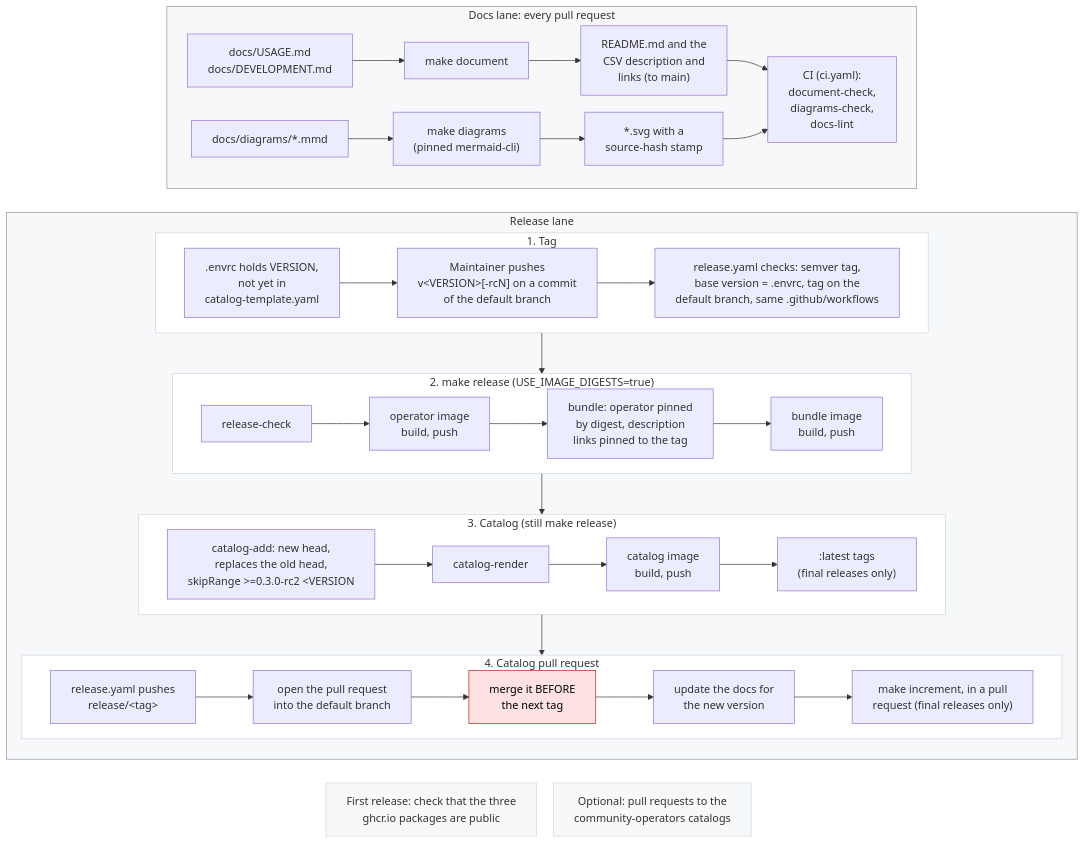
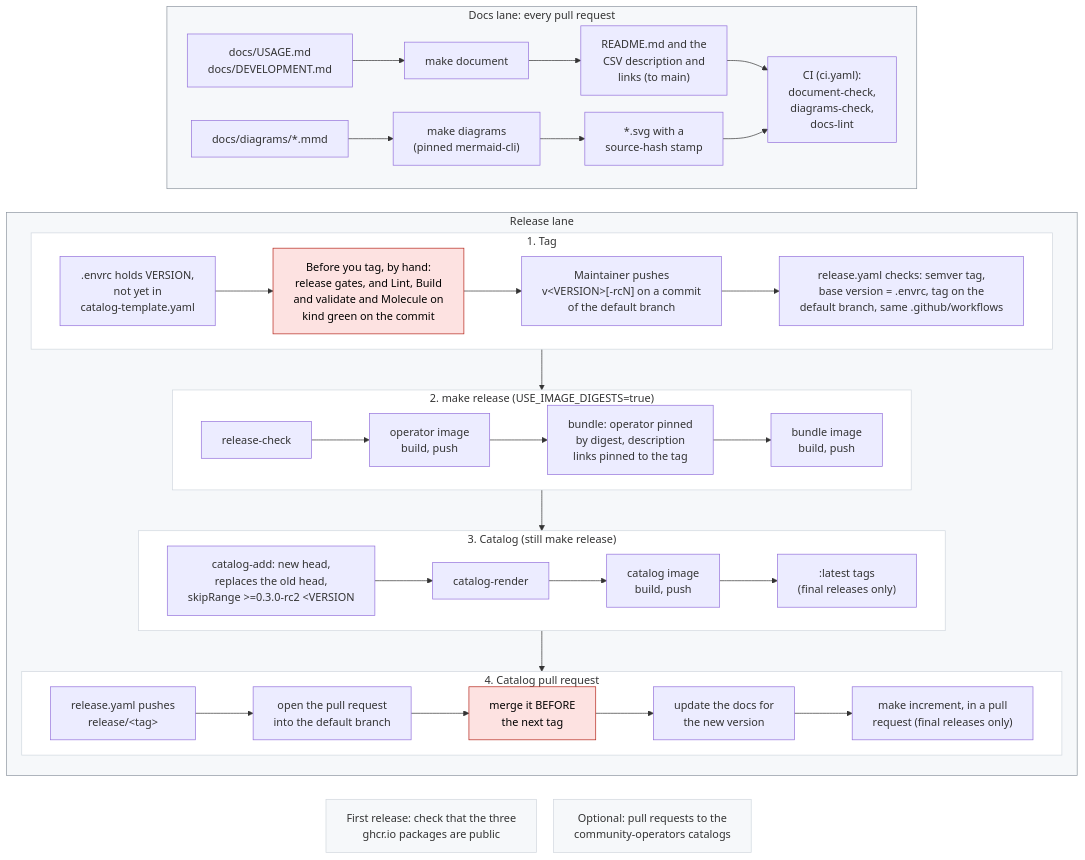
Before and after one commit to shpwrck/openshift-node-upgrade-mutex-operator: the diagram in docs/diagrams/release-pipeline.mmd, drawn with Mermaid. The commit also changed 15 other files, not shown here.

```diff
--- a/docs/diagrams/release-pipeline.mmd
+++ b/docs/diagrams/release-pipeline.mmd
@@ -1,54 +1,54 @@
 ---
 config:
   themeCSS: ".warn text { stroke: none !important; } .edgeLabel rect { opacity: 1 !important; fill: #ffffff !important; }"
   flowchart:
     wrappingWidth: 400
     nodeSpacing: 25
     rankSpacing: 35
 ---
 flowchart TB
   accTitle: Docs and release pipeline
   accDescr: How docs and diagrams are generated and checked, and how a tag becomes the operator, bundle and catalog images and a catalog pull request.
 
   subgraph docs["Docs lane: every pull request"]
     direction LR
     src["docs/USAGE.md<br/>docs/DEVELOPMENT.md"] --> doc["make document"] --> gen["README.md and the<br/>CSV description and<br/>links (to main)"]
     mmd["docs/diagrams/*.mmd"] --> dia["make diagrams<br/>(pinned mermaid-cli)"] --> svg["*.svg with a<br/>source-hash stamp"]
     gen --> ci["CI (ci.yaml):<br/>document-check,<br/>diagrams-check,<br/>docs-lint"]
     svg --> ci
   end
 
   subgraph rel["Release lane"]
     direction TB
     subgraph ra["1. Tag"]
       direction LR
-      ver[".envrc holds VERSION,<br/>not yet in<br/>catalog-template.yaml"] --> tag["Maintainer pushes<br/>v#lt;VERSION#gt;[-rcN] on a commit<br/>of the default branch"] --> chk["release.yaml checks: semver tag,<br/>base version = .envrc, tag on the<br/>default branch, same .github/workflows"]
+      ver[".envrc holds VERSION,<br/>not yet in<br/>catalog-template.yaml"] --> pre["Before you tag, by hand:<br/>release gates, and Lint, Build<br/>and validate and Molecule on<br/>kind green on the commit"] --> tag["Maintainer pushes<br/>v#lt;VERSION#gt;[-rcN] on a commit<br/>of the default branch"] --> chk["release.yaml checks: semver tag,<br/>base version = .envrc, tag on the<br/>default branch, same .github/workflows"]
     end
     subgraph rb["2. make release (USE_IMAGE_DIGESTS=true)"]
       direction LR
       rc["release-check"] --> op["operator image<br/>build, push"] --> bun["bundle: operator pinned<br/>by digest, description<br/>links pinned to the tag"] --> bimg["bundle image<br/>build, push"]
     end
     subgraph rc2["3. Catalog (still make release)"]
       direction LR
       cadd["catalog-add: new head,<br/>replaces the old head,<br/>skipRange #gt;=0.3.0-rc2 #lt;VERSION"] --> crender["catalog-render"] --> cimg["catalog image<br/>build, push"] --> latest[":latest tags<br/>(final releases only)"]
     end
     subgraph rd["4. Catalog pull request"]
       direction LR
       branch["release.yaml pushes<br/>release/#lt;tag#gt;"] --> pr["open the pull request<br/>into the default branch"] --> merge["merge it BEFORE<br/>the next tag"] --> upd["update the docs for<br/>the new version"] --> inc["make increment, in a pull<br/>request (final releases only)"]
     end
     ra --> rb --> rc2 --> rd
   end
 
   n1["First release: check that the three<br/>ghcr.io packages are public"]
   n2["Optional: pull requests to the<br/>community-operators catalogs"]
   docs ~~~ rel
   rel ~~~ n1 & n2
 
   classDef lane fill:#f6f8fa,stroke:#8c959f
   classDef step fill:#ffffff,stroke:#d0d7de
   classDef note fill:#f6f8fa,stroke:#d0d7de
   classDef warn fill:#fde2e1,stroke:#b42318,color:#000000
   class docs,rel lane
   class ra,rb,rc2,rd step
   class n1,n2 note
-  class merge warn
+  class merge,pre warn
```
